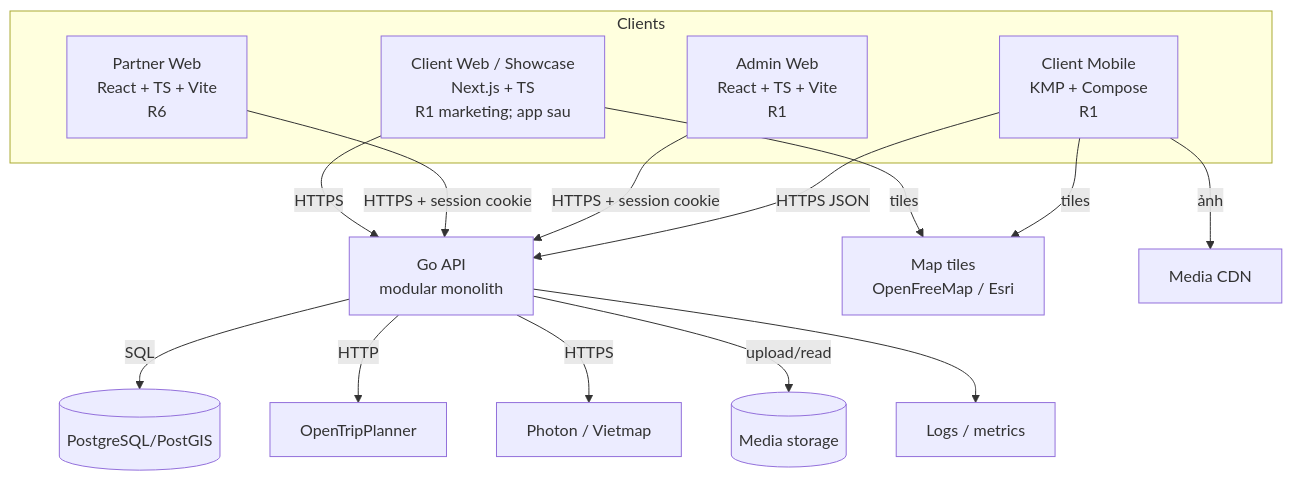
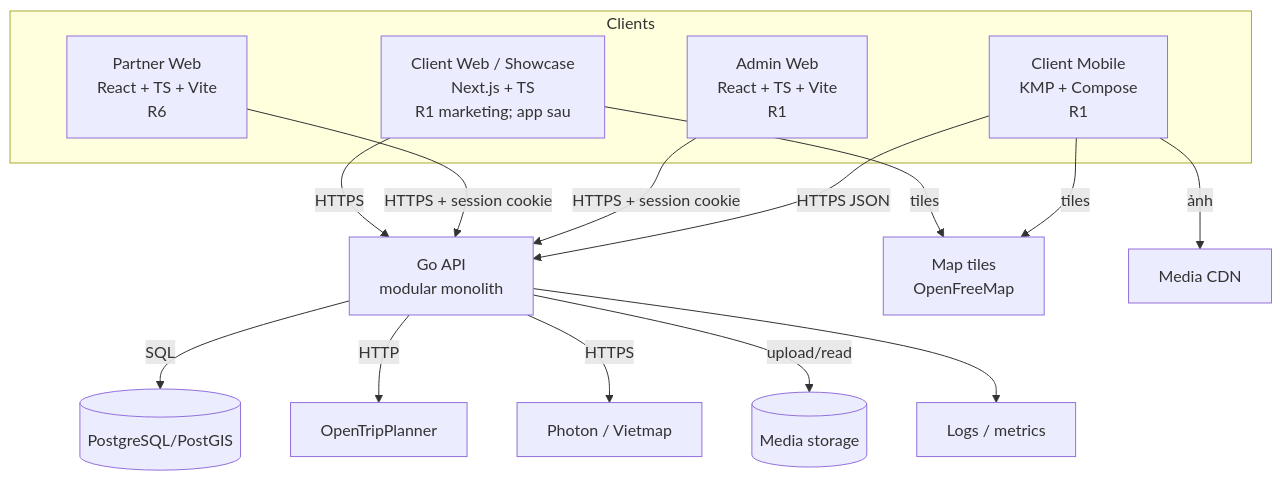
The diagram in docs/02-architecture/02-containers.md (LeGiaBaoDev/Go_Wander), drawn with Mermaid before and after one commit. The commit also changed other lines of this file and 15 other files, not shown here.

````diff
--- a/docs/02-architecture/02-containers.md
+++ b/docs/02-architecture/02-containers.md
@@ -23,31 +23,31 @@
 ```mermaid
 flowchart TB
   subgraph Clients
     CM[Client Mobile<br/>KMP + Compose<br/>R1]
     AW[Admin Web<br/>React + TS + Vite<br/>R1]
     PW[Partner Web<br/>React + TS + Vite<br/>R6]
     CW[Client Web / Showcase<br/>Next.js + TS<br/>R1 marketing; app sau]
   end
 
   API[Go API<br/>modular monolith]
   DB[(PostgreSQL/PostGIS)]
   OTP[OpenTripPlanner]
   GEO[Photon / Vietmap]
   MEDIA[(Media storage)]
   LOG[Logs / metrics]
 
   CM -->|HTTPS JSON| API
   AW -->|HTTPS + session cookie| API
   PW -->|HTTPS + session cookie| API
   CW -->|HTTPS| API
 
   API -->|SQL| DB
   API -->|HTTP| OTP
   API -->|HTTPS| GEO
   API -->|upload/read| MEDIA
   API --> LOG
 
-  CM -->|tiles| TILES[Map tiles<br/>OpenFreeMap / Esri]
+  CM -->|tiles| TILES[Map tiles<br/>OpenFreeMap]
   CW -->|tiles| TILES
   CM -->|ảnh| CDN[Media CDN]
 ```
````
